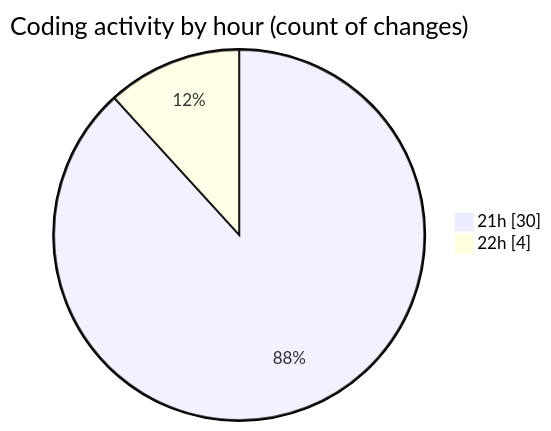
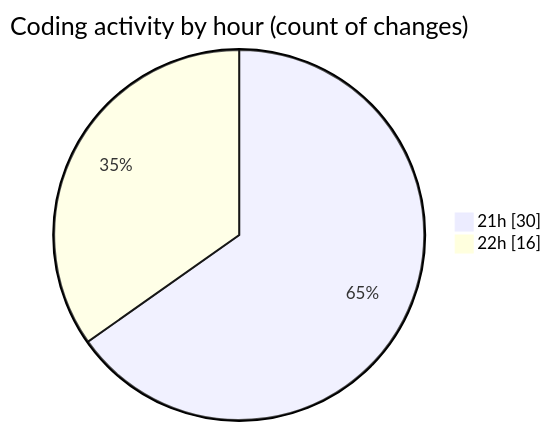
One commit to Ritupan-Deka/code-tracking changed the second of 2 diagrams in 2026-01-02/dsa/README.md. Above: the diagram before and after it, drawn with Mermaid. The commit also changed other lines of this file and 1 other file, not shown here.

````diff
--- a/2026-01-02/dsa/README.md
+++ b/2026-01-02/dsa/README.md
@@ -31,6 +31,6 @@
 ```mermaid
 pie showData
 title Coding activity by hour (count of changes)
 "21h" : 30
-"22h" : 4
+"22h" : 16
 ```
````
